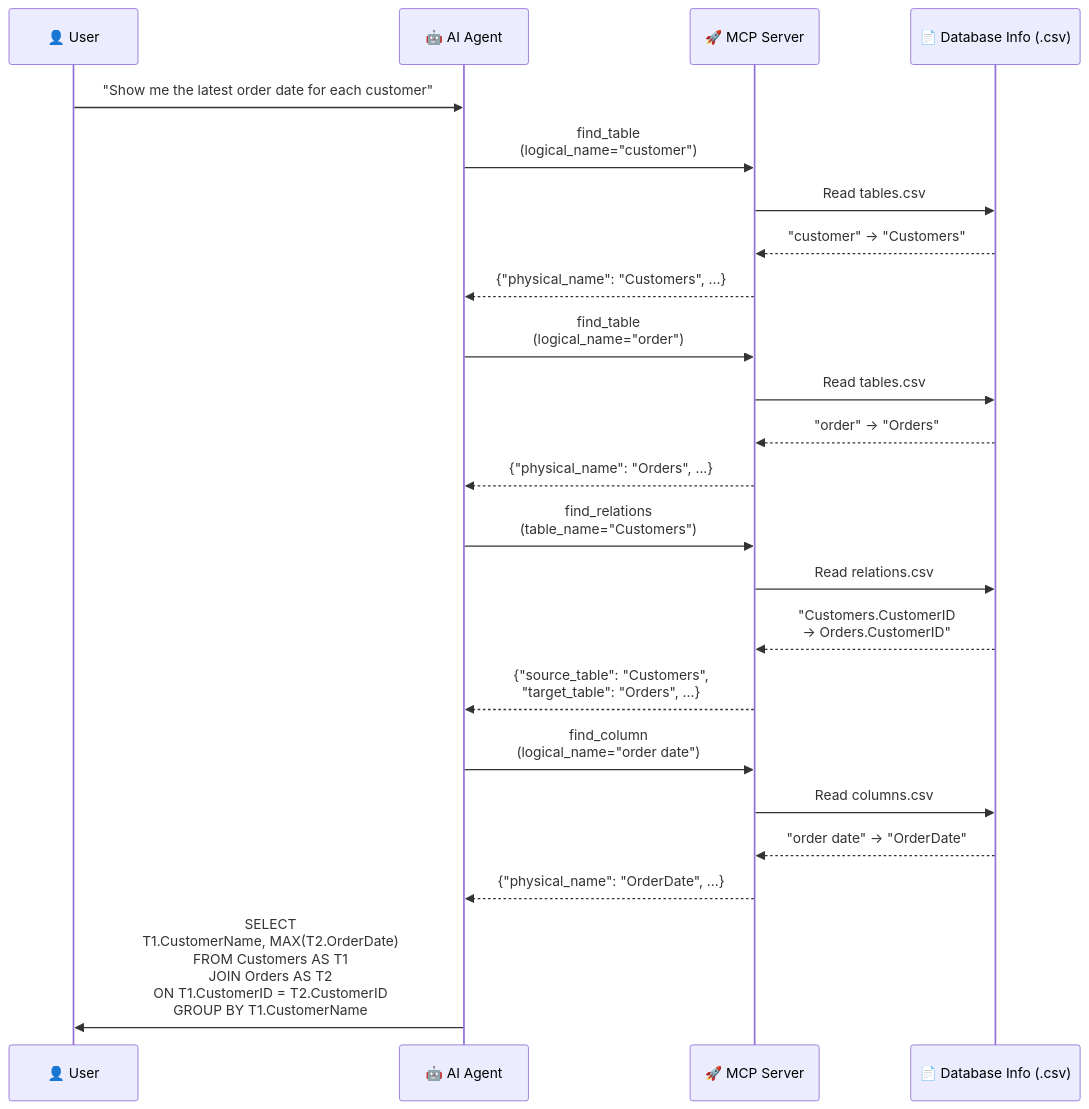
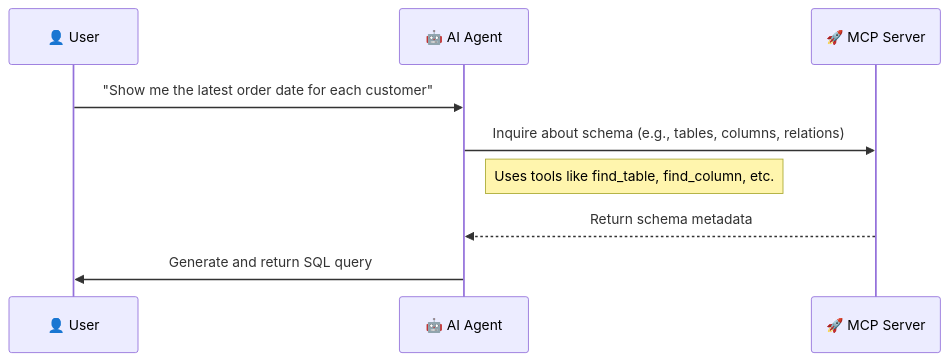
The second of 2 diagrams in README.md (yt3trees/SqlSchemaBridgeMCP), drawn with Mermaid before and after one commit. The commit also changed other lines of this file and 1 other file, not shown here.

````diff
--- a/README.md
+++ b/README.md
@@ -38,26 +39,15 @@
 ```mermaid
 sequenceDiagram
     participant User as 👤 User
     participant Agent as 🤖 AI Agent
     participant MCPServer as 🚀 MCP Server
-    participant DBInfo as 📄 Database Info (.csv)
 
     User->>Agent: "Show me the latest order date for each customer"
-    Agent->>MCPServer: find_table<br>(logical_name="customer")
-    MCPServer->>DBInfo: Read tables.csv
-    DBInfo-->>MCPServer: "customer" -> "Customers"
-    MCPServer-->>Agent: {"physical_name": "Customers", ...}
-    Agent->>MCPServer: find_table<br>(logical_name="order")
-    MCPServer->>DBInfo: Read tables.csv
-    DBInfo-->>MCPServer: "order" -> "Orders"
-    MCPServer-->>Agent: {"physical_name": "Orders", ...}
-    Agent->>MCPServer: find_relations<br>(table_name="Customers")
-    MCPServer->>DBInfo: Read relations.csv
-    DBInfo-->>MCPServer: "Customers.CustomerID <br>-> Orders.CustomerID"
-    MCPServer-->>Agent: {"source_table": "Customers", <br>"target_table": "Orders", ...}
-    Agent->>MCPServer: find_column<br>(logical_name="order date")
-    MCPServer->>DBInfo: Read columns.csv
-    DBInfo-->>MCPServer: "order date" -> "OrderDate"
-    MCPServer-->>Agent: {"physical_name": "OrderDate", ...}
-    Agent->>User: SELECT <br>T1.CustomerName, MAX(T2.OrderDate)<br>FROM Customers AS T1 <br> JOIN Orders AS T2 <br>ON T1.CustomerID = T2.CustomerID <br>GROUP BY T1.CustomerName;
+
+    Agent->>MCPServer: Inquire about schema (e.g., tables, columns, relations)
+    note right of Agent: Uses tools like find_table, find_column, etc.
+
+    MCPServer-->>Agent: Return schema metadata
+
+    Agent->>User: Generate and return SQL query
 ```
````
